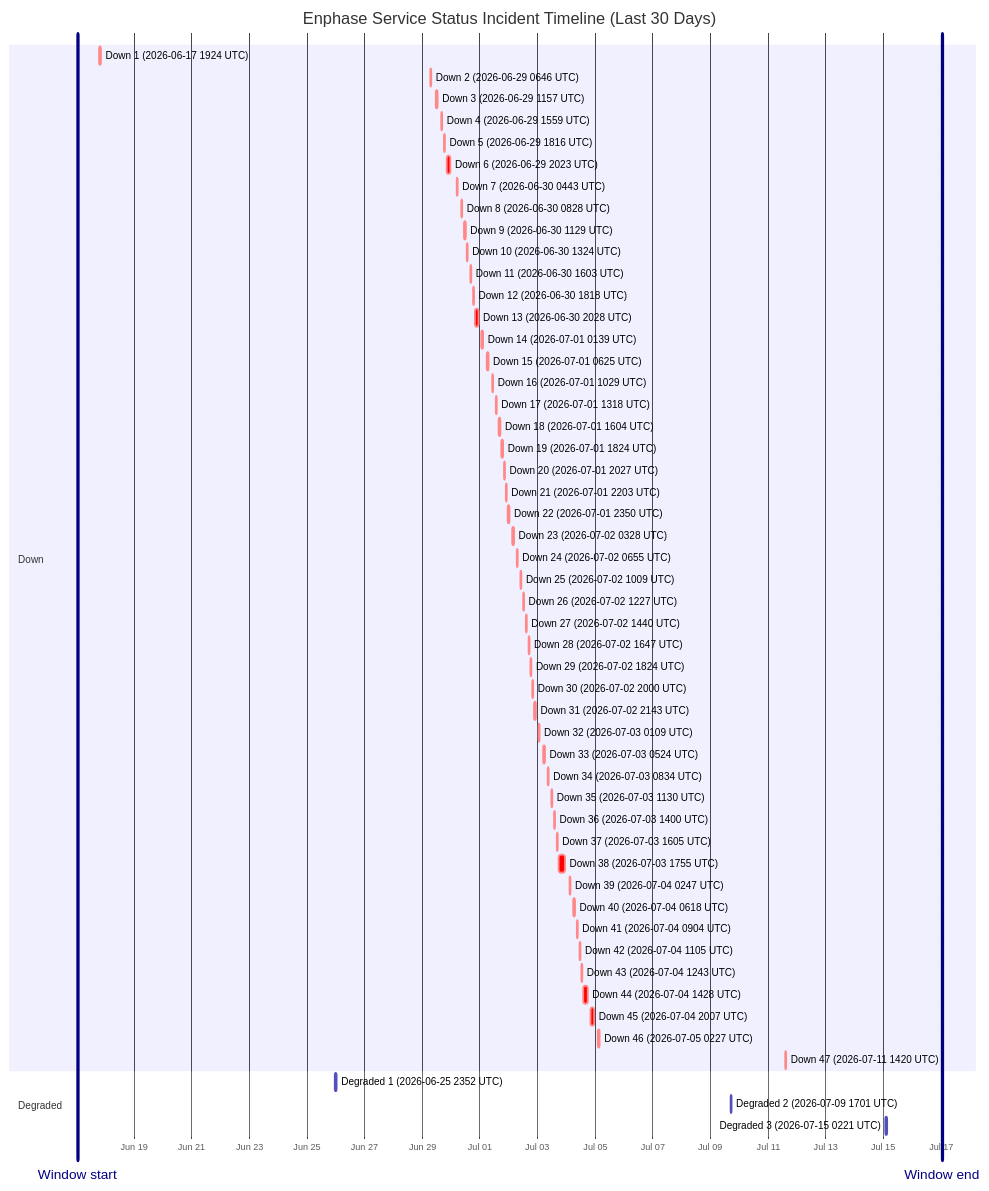
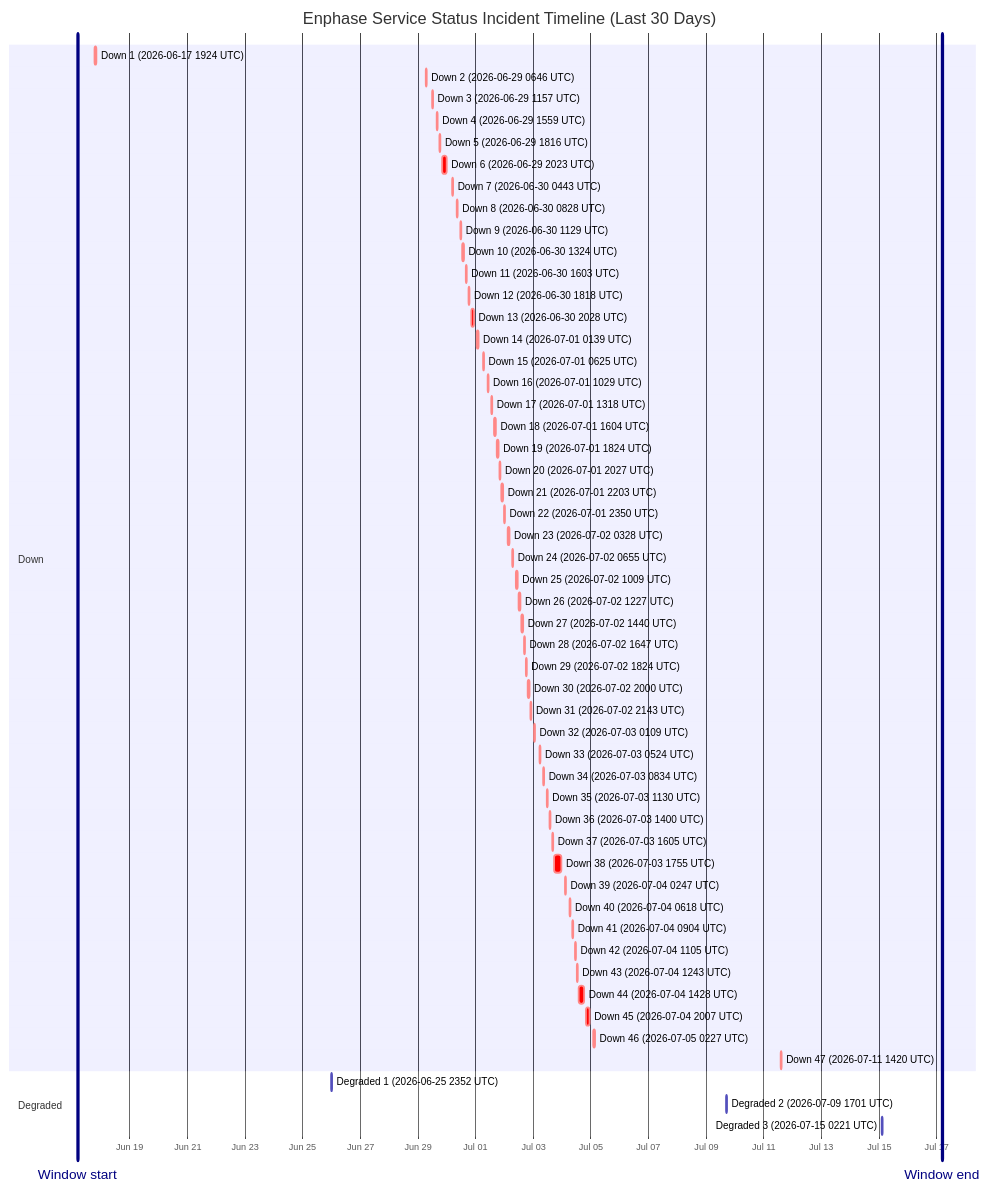
Before and after one commit to barneyonline/ha-enphase-energy: the diagram in wiki/Service-Status-History.md, drawn with Mermaid. The commit also changed other lines of this file and 3 other files, not shown here.

````diff
--- a/wiki/Service-Status-History.md
+++ b/wiki/Service-Status-History.md
@@ -14,60 +14,60 @@
 ```mermaid
 gantt
     title Enphase Service Status Incident Timeline (Last 30 Days)
     dateFormat  YYYY-MM-DDTHH:mm:ss
     axisFormat  %b %d
-    Window start :vert, window-start, 2026-06-17T01:00:14, 0ms
-    Window end :vert, window-end, 2026-07-17T01:00:14, 0ms
+    Window start :vert, window-start, 2026-06-17T04:39:31, 0ms
+    Window end :vert, window-end, 2026-07-17T04:39:31, 0ms
     section Down
     Down 1 (2026-06-17 1924 UTC) :crit, down-1, 2026-06-17T19:24:51, 60m
     Down 2 (2026-06-29 0646 UTC) :crit, down-2, 2026-06-29T06:46:18, 60m
     Down 3 (2026-06-29 1157 UTC) :crit, down-3, 2026-06-29T11:57:36, 60m
     Down 4 (2026-06-29 1559 UTC) :crit, down-4, 2026-06-29T15:59:02, 60m
     Down 5 (2026-06-29 1816 UTC) :crit, down-5, 2026-06-29T18:16:38, 60m
     Down 6 (2026-06-29 2023 UTC) :crit, down-6, 2026-06-29T20:23:16, 220m
     Down 7 (2026-06-30 0443 UTC) :crit, down-7, 2026-06-30T04:43:54, 60m
     Down 8 (2026-06-30 0828 UTC) :crit, down-8, 2026-06-30T08:28:43, 60m
     Down 9 (2026-06-30 1129 UTC) :crit, down-9, 2026-06-30T11:29:15, 60m
     Down 10 (2026-06-30 1324 UTC) :crit, down-10, 2026-06-30T13:24:25, 60m
     Down 11 (2026-06-30 1603 UTC) :crit, down-11, 2026-06-30T16:03:26, 60m
     Down 12 (2026-06-30 1818 UTC) :crit, down-12, 2026-06-30T18:18:39, 60m
     Down 13 (2026-06-30 2028 UTC) :crit, down-13, 2026-06-30T20:28:54, 171m
     Down 14 (2026-07-01 0139 UTC) :crit, down-14, 2026-07-01T01:39:18, 60m
     Down 15 (2026-07-01 0625 UTC) :crit, down-15, 2026-07-01T06:25:35, 60m
     Down 16 (2026-07-01 1029 UTC) :crit, down-16, 2026-07-01T10:29:24, 60m
     Down 17 (2026-07-01 1318 UTC) :crit, down-17, 2026-07-01T13:18:31, 60m
     Down 18 (2026-07-01 1604 UTC) :crit, down-18, 2026-07-01T16:04:29, 60m
     Down 19 (2026-07-01 1824 UTC) :crit, down-19, 2026-07-01T18:24:21, 60m
     Down 20 (2026-07-01 2027 UTC) :crit, down-20, 2026-07-01T20:27:17, 60m
     Down 21 (2026-07-01 2203 UTC) :crit, down-21, 2026-07-01T22:03:46, 60m
     Down 22 (2026-07-01 2350 UTC) :crit, down-22, 2026-07-01T23:50:52, 60m
     Down 23 (2026-07-02 0328 UTC) :crit, down-23, 2026-07-02T03:28:33, 60m
     Down 24 (2026-07-02 0655 UTC) :crit, down-24, 2026-07-02T06:55:07, 60m
     Down 25 (2026-07-02 1009 UTC) :crit, down-25, 2026-07-02T10:09:15, 60m
     Down 26 (2026-07-02 1227 UTC) :crit, down-26, 2026-07-02T12:27:49, 60m
     Down 27 (2026-07-02 1440 UTC) :crit, down-27, 2026-07-02T14:40:53, 60m
     Down 28 (2026-07-02 1647 UTC) :crit, down-28, 2026-07-02T16:47:47, 60m
     Down 29 (2026-07-02 1824 UTC) :crit, down-29, 2026-07-02T18:24:26, 60m
     Down 30 (2026-07-02 2000 UTC) :crit, down-30, 2026-07-02T20:00:57, 60m
     Down 31 (2026-07-02 2143 UTC) :crit, down-31, 2026-07-02T21:43:52, 80m
     Down 32 (2026-07-03 0109 UTC) :crit, down-32, 2026-07-03T01:09:19, 60m
     Down 33 (2026-07-03 0524 UTC) :crit, down-33, 2026-07-03T05:24:23, 60m
     Down 34 (2026-07-03 0834 UTC) :crit, down-34, 2026-07-03T08:34:05, 60m
     Down 35 (2026-07-03 1130 UTC) :crit, down-35, 2026-07-03T11:30:41, 60m
     Down 36 (2026-07-03 1400 UTC) :crit, down-36, 2026-07-03T14:00:48, 60m
     Down 37 (2026-07-03 1605 UTC) :crit, down-37, 2026-07-03T16:05:49, 60m
     Down 38 (2026-07-03 1755 UTC) :crit, down-38, 2026-07-03T17:55:54, 338m
     Down 39 (2026-07-04 0247 UTC) :crit, down-39, 2026-07-04T02:47:22, 60m
     Down 40 (2026-07-04 0618 UTC) :crit, down-40, 2026-07-04T06:18:09, 60m
     Down 41 (2026-07-04 0904 UTC) :crit, down-41, 2026-07-04T09:04:41, 60m
     Down 42 (2026-07-04 1105 UTC) :crit, down-42, 2026-07-04T11:05:21, 60m
     Down 43 (2026-07-04 1243 UTC) :crit, down-43, 2026-07-04T12:43:25, 60m
     Down 44 (2026-07-04 1428 UTC) :crit, down-44, 2026-07-04T14:28:07, 243m
     Down 45 (2026-07-04 2007 UTC) :crit, down-45, 2026-07-04T20:07:50, 206m
     Down 46 (2026-07-05 0227 UTC) :crit, down-46, 2026-07-05T02:27:32, 109m
     Down 47 (2026-07-11 1420 UTC) :crit, down-47, 2026-07-11T14:20:54, 69m
     section Degraded
     Degraded 1 (2026-06-25 2352 UTC) :active, degraded-1, 2026-06-25T23:52:01, 60m
     Degraded 2 (2026-07-09 1701 UTC) :active, degraded-2, 2026-07-09T17:01:02, 60m
     Degraded 3 (2026-07-15 0221 UTC) :active, degraded-3, 2026-07-15T02:21:35, 60m
 ```
````
